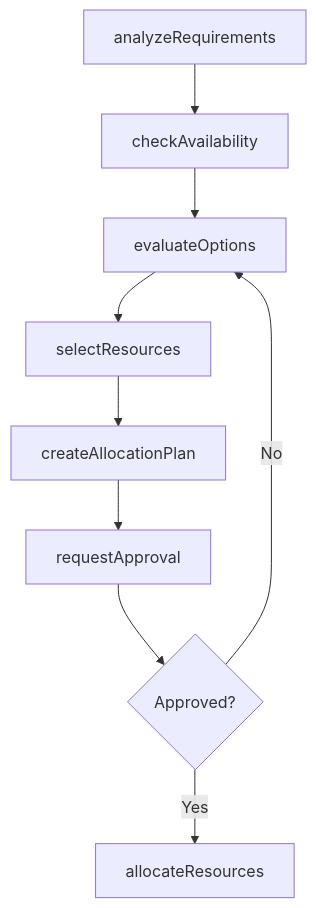
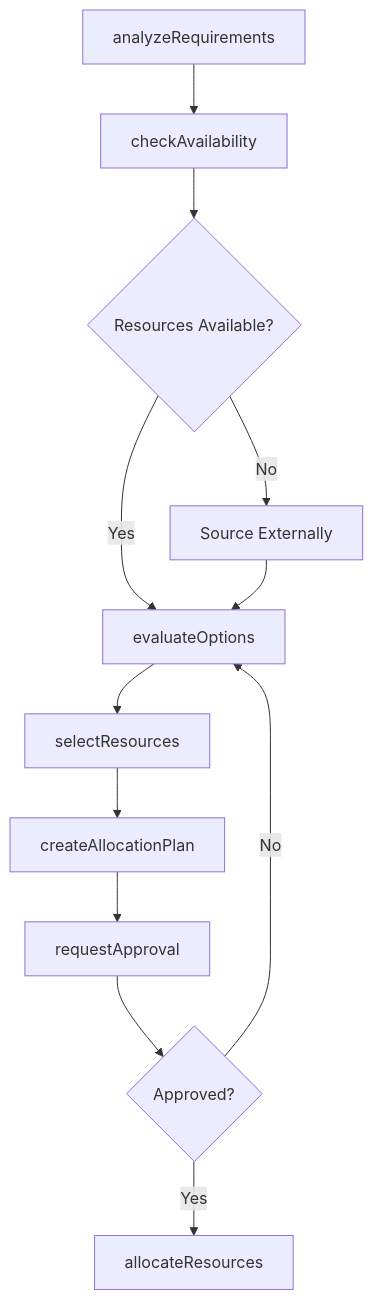
The third of 4 diagrams in MakingDecisionsAndSolvingProblems/SelectMaterialsOrEquipmentForOperationsOrProjects/SelectResourcesNeededAccomplishTasks.mdx (dot-org-ai/tasks.org.ai), drawn with Mermaid before and after one commit. The commit also changed other lines of this file and 71 other files, not shown here.

Commit message:
feat: Add ER diagrams, state diagrams to 72 more DWA task files (wave 2 continued)

````diff
--- a/MakingDecisionsAndSolvingProblems/SelectMaterialsOrEquipmentForOperationsOrProjects/SelectResourcesNeededAccomplishTasks.mdx
+++ b/MakingDecisionsAndSolvingProblems/SelectMaterialsOrEquipmentForOperationsOrProjects/SelectResourcesNeededAccomplishTasks.mdx
@@ -86,11 +113,14 @@
 ```mermaid
 graph TD
     A[analyzeRequirements] --> B[checkAvailability]
-    B --> C[evaluateOptions]
-    C --> D[selectResources]
-    D --> E[createAllocationPlan]
-    E --> F[requestApproval]
-    F --> G{Approved?}
-    G -->|Yes| H[allocateResources]
-    G -->|No| C
+    B --> C{Resources Available?}
+    C -->|Yes| D[evaluateOptions]
+    C -->|No| E[Source Externally]
+    E --> D
+    D --> F[selectResources]
+    F --> G[createAllocationPlan]
+    G --> H[requestApproval]
+    H --> I{Approved?}
+    I -->|Yes| J[allocateResources]
+    I -->|No| D
 ```
````
